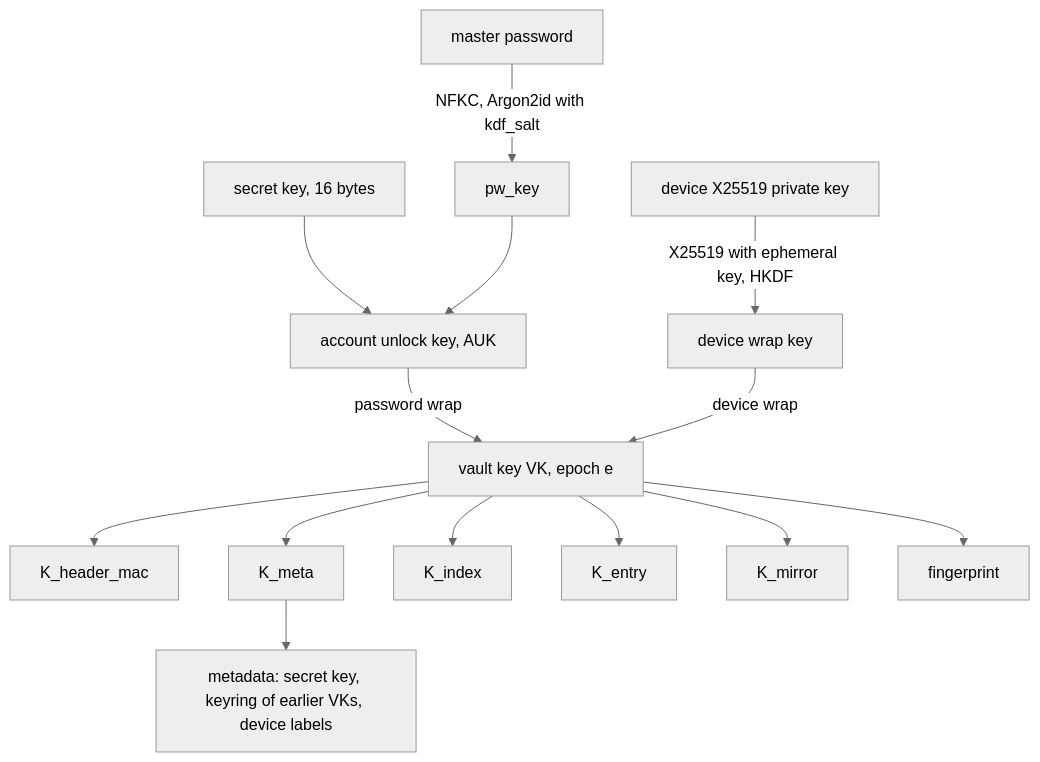
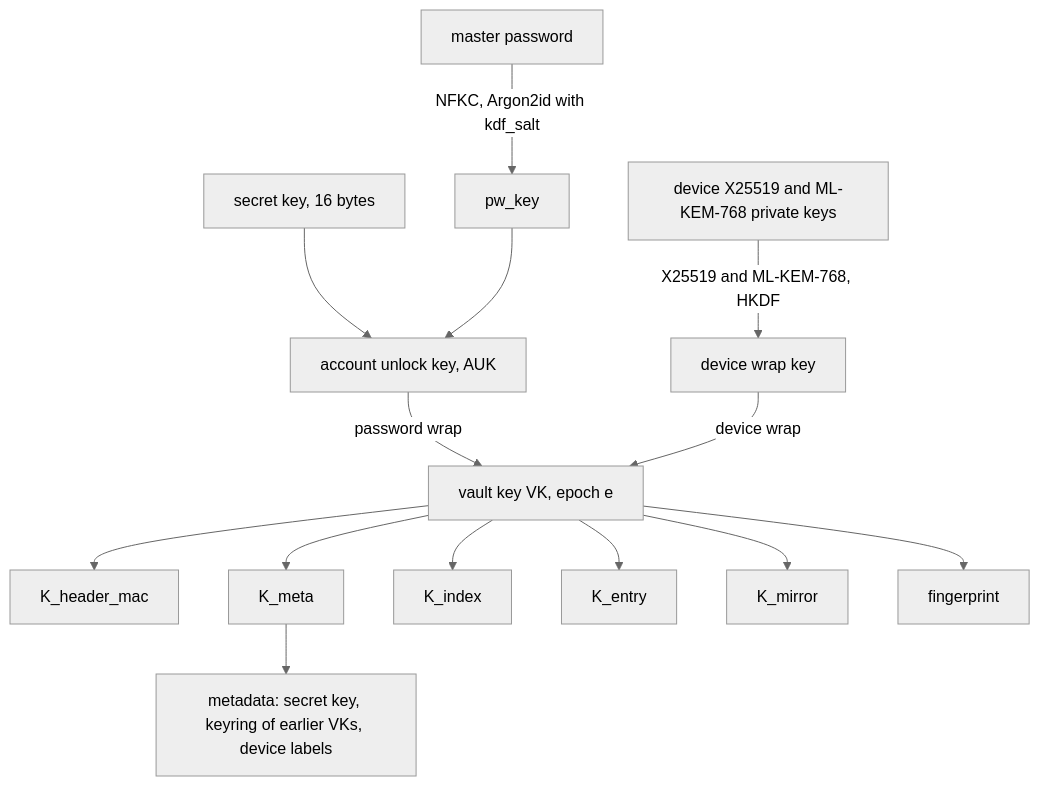
Before and after one commit to codeheadsystems/vlt: the diagram in spec/crypto-and-storage.md, drawn with Mermaid (neutral theme). The commit also changed other lines of this file and 7 other files, not shown here.

First line of the commit message:
Add hybrid X25519 and ML-KEM-768 device wrap

````diff
--- a/spec/crypto-and-storage.md
+++ b/spec/crypto-and-storage.md
@@ -120,16 +123,16 @@
 ```mermaid
 flowchart TD
     PW[master password] -->|NFKC, Argon2id with kdf_salt| PWK[pw_key]
     SK[secret key, 16 bytes] --> AUK
     PWK --> AUK[account unlock key, AUK]
     AUK -->|password wrap| VK
-    DK[device X25519 private key] -->|X25519 with ephemeral key, HKDF| DWK[device wrap key]
+    DK[device X25519 and ML-KEM-768 private keys] -->|X25519 and ML-KEM-768, HKDF| DWK[device wrap key]
     DWK -->|device wrap| VK[vault key VK, epoch e]
     VK --> HM[K_header_mac]
     VK --> MK[K_meta]
     VK --> IK[K_index]
     VK --> EK[K_entry]
     VK --> MIR[K_mirror]
     VK --> FP[fingerprint]
     MK --> KR[metadata: secret key, keyring of earlier VKs, device labels]
 ```
````
